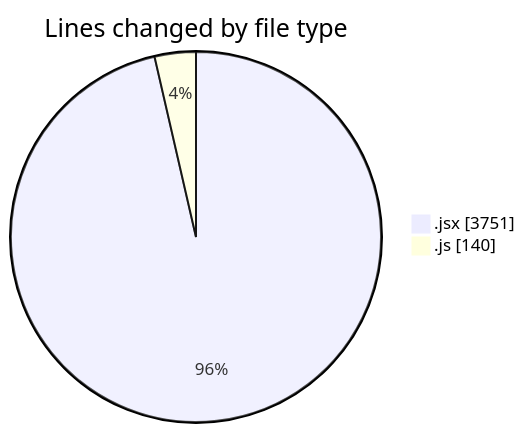
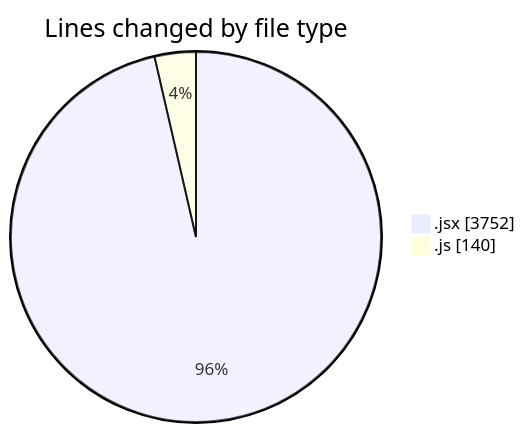
Before and after one commit to nxtqubesakshisongat/code-tracking: the first of 2 diagrams in 2025-08-01/nxtqube_webapp/README.md, drawn with Mermaid. The commit also changed other lines of this file and 1 other file, not shown here.

````diff
--- a/2025-08-01/nxtqube_webapp/README.md
+++ b/2025-08-01/nxtqube_webapp/README.md
@@ -30,6 +30,6 @@
 ```mermaid
 pie showData
 title Lines changed by file type
-".jsx" : 3751
+".jsx" : 3752
 ".js" : 140
 ```
````
